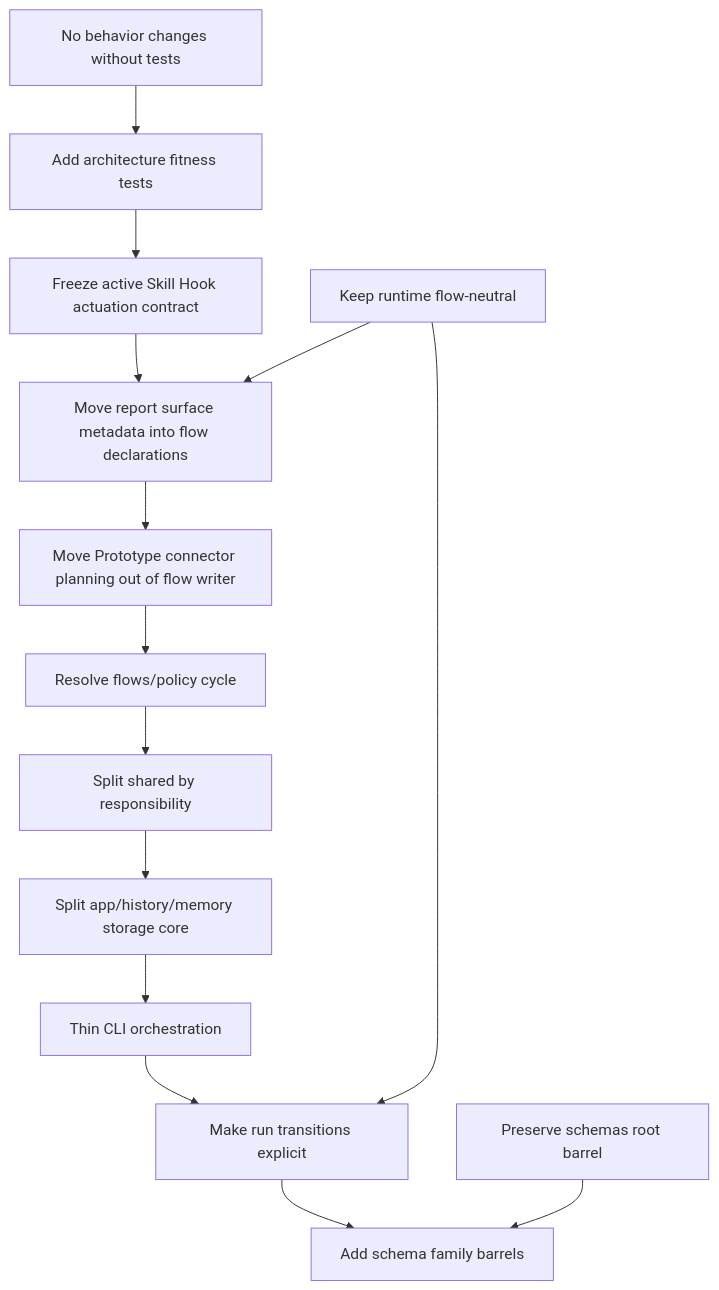
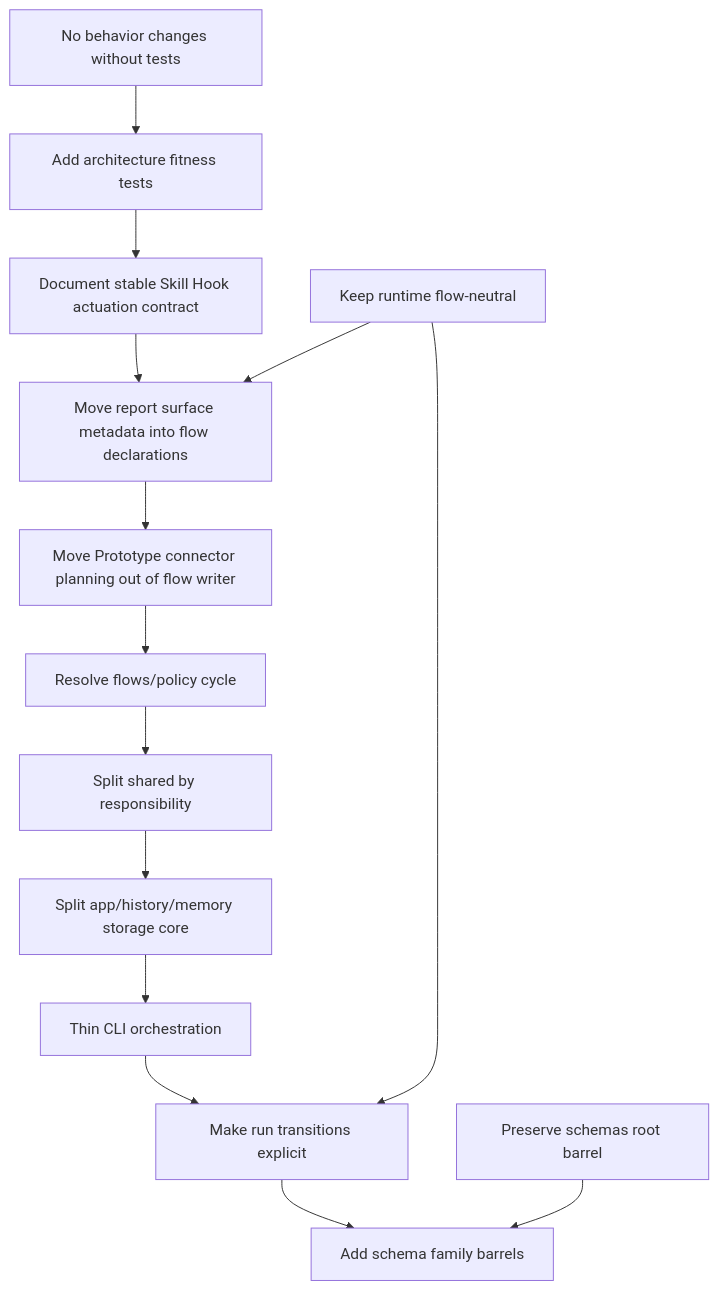
Before and after one commit to petekp/circuit: the diagram in docs/architecture/architecture-improvement-roadmap.md, drawn with Mermaid. The commit also changed other lines of this file and 8 other files, not shown here.

````diff
--- a/docs/architecture/architecture-improvement-roadmap.md
+++ b/docs/architecture/architecture-improvement-roadmap.md
@@ -66,17 +66,17 @@
 ```mermaid
 flowchart TD
-  A["Add architecture fitness tests"] --> B["Freeze active Skill Hook actuation contract"]
+  A["Add architecture fitness tests"] --> B["Document stable Skill Hook actuation contract"]
   B --> C["Move report surface metadata into flow declarations"]
   C --> D["Move Prototype connector planning out of flow writer"]
   D --> E["Resolve flows/policy cycle"]
   E --> F["Split shared by responsibility"]
   F --> G["Split app/history/memory storage core"]
   G --> H["Thin CLI orchestration"]
   H --> I["Make run transitions explicit"]
   I --> J["Add schema family barrels"]
 
   K["Preserve schemas root barrel"] --> J
   L["Keep runtime flow-neutral"] --> C
   L --> I
   M["No behavior changes without tests"] --> A
 ```
````
